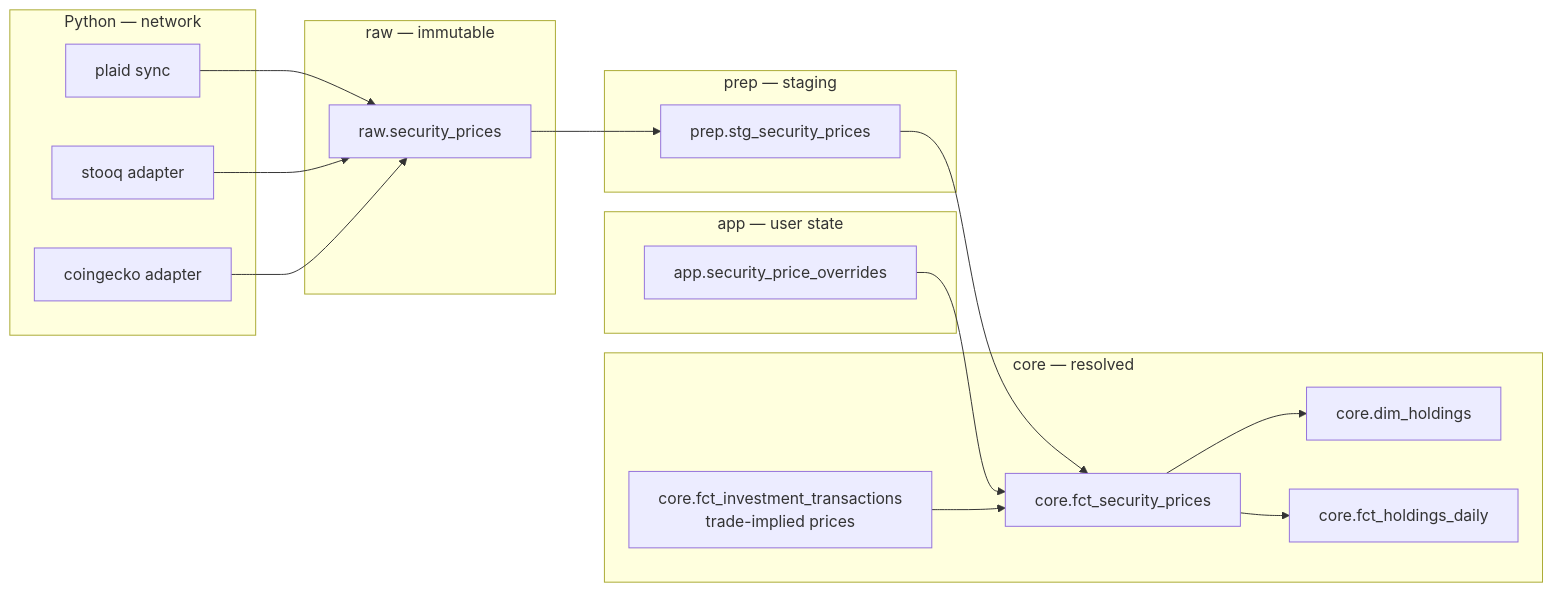
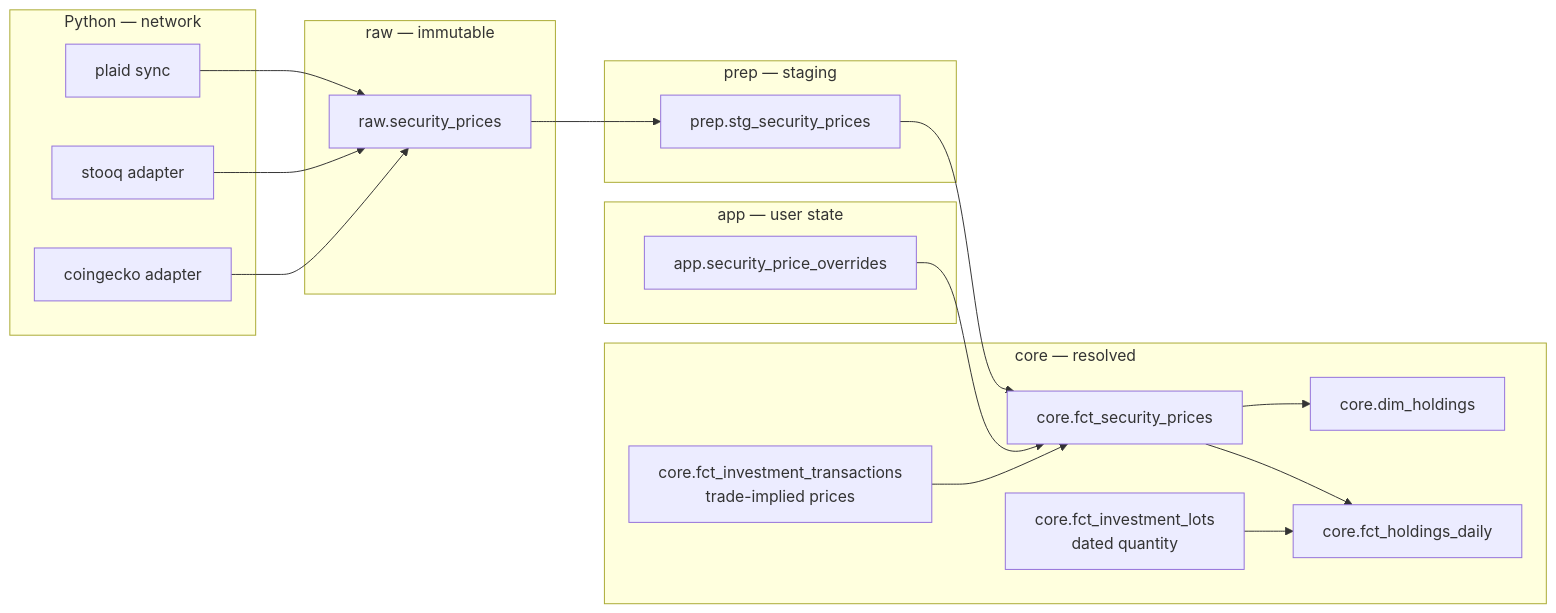
One commit to bsaffel/moneybin changed the diagram in docs/specs/investments-price-feeds.md. Above: the diagram before and after it, drawn with Mermaid. The commit also changed other lines of this file and 1 other file, not shown here.

````diff
--- a/docs/specs/investments-price-feeds.md
+++ b/docs/specs/investments-price-feeds.md
@@ -90,32 +90,34 @@
 ```mermaid
 flowchart LR
     subgraph fetch["Python — network"]
         P["plaid sync"]
         S["stooq adapter"]
         C["coingecko adapter"]
     end
     subgraph rawl["raw — immutable"]
         R["raw.security_prices"]
     end
     subgraph prepl["prep — staging"]
         G["prep.stg_security_prices"]
     end
     subgraph appl["app — user state"]
         O["app.security_price_overrides"]
     end
     subgraph corel["core — resolved"]
         L["core.fct_investment_transactions<br/>trade-implied prices"]
+        Q["core.fct_investment_lots<br/>dated quantity"]
         F["core.fct_security_prices"]
         H["core.dim_holdings"]
         D["core.fct_holdings_daily"]
     end
     P --> R
     S --> R
     C --> R
     R --> G
     G --> F
     O --> F
     L --> F
     F --> H
     F --> D
+    Q --> D
 ```
````
